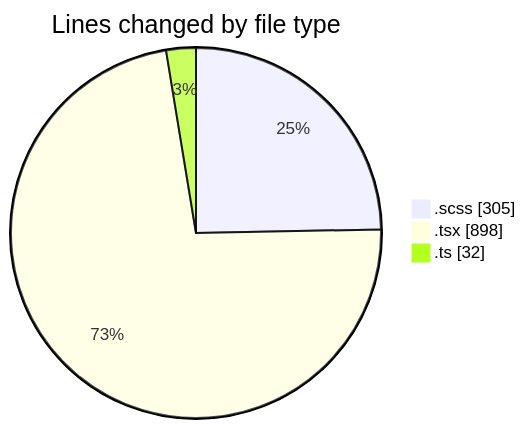
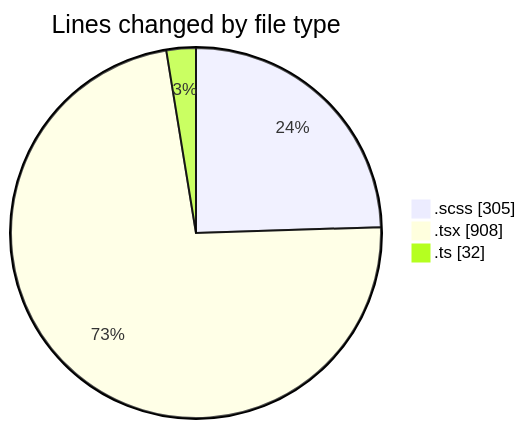
The first of 2 diagrams in 2025-03-04/cda/README.md (momahboobian/code-tracking), drawn with Mermaid before and after one commit. The commit also changed other lines of this file and 1 other file, not shown here.

````diff
--- a/2025-03-04/cda/README.md
+++ b/2025-03-04/cda/README.md
@@ -25,7 +25,7 @@
 ```mermaid
 pie showData
 title Lines changed by file type
 ".scss" : 305
-".tsx" : 898
+".tsx" : 908
 ".ts" : 32
 ```
````
